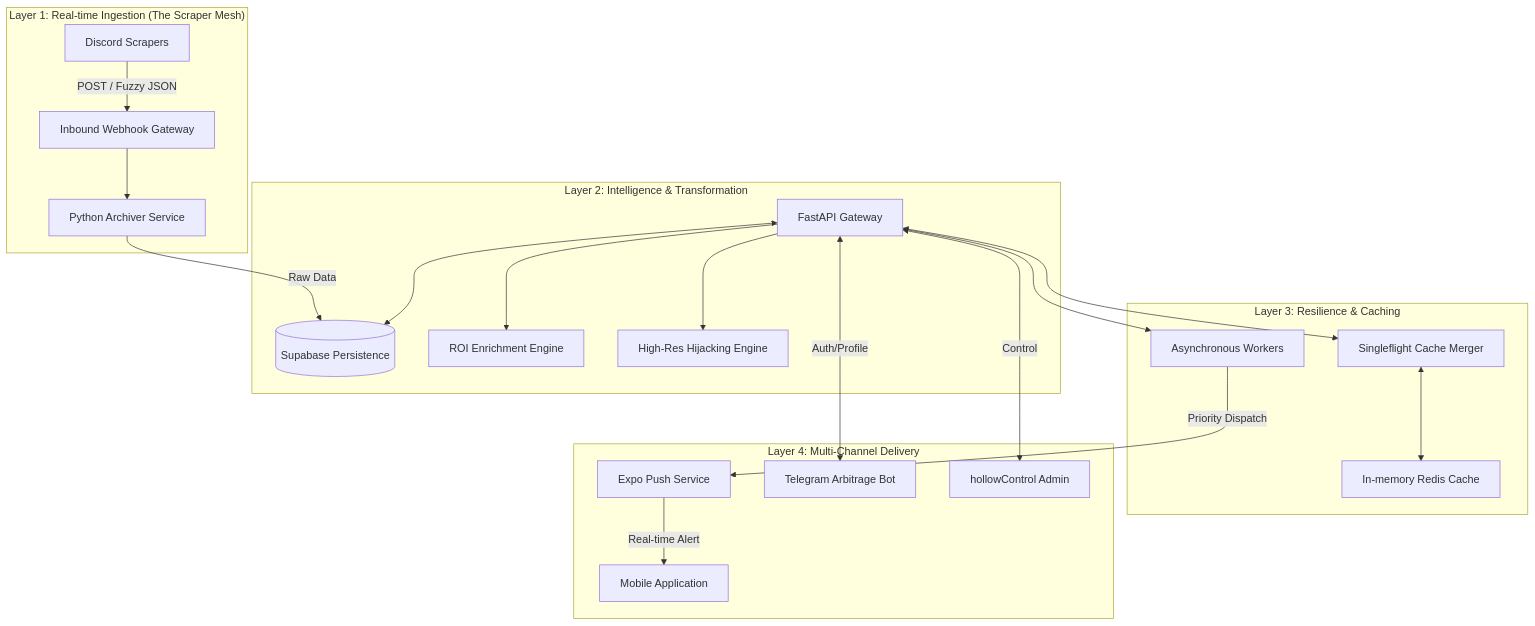
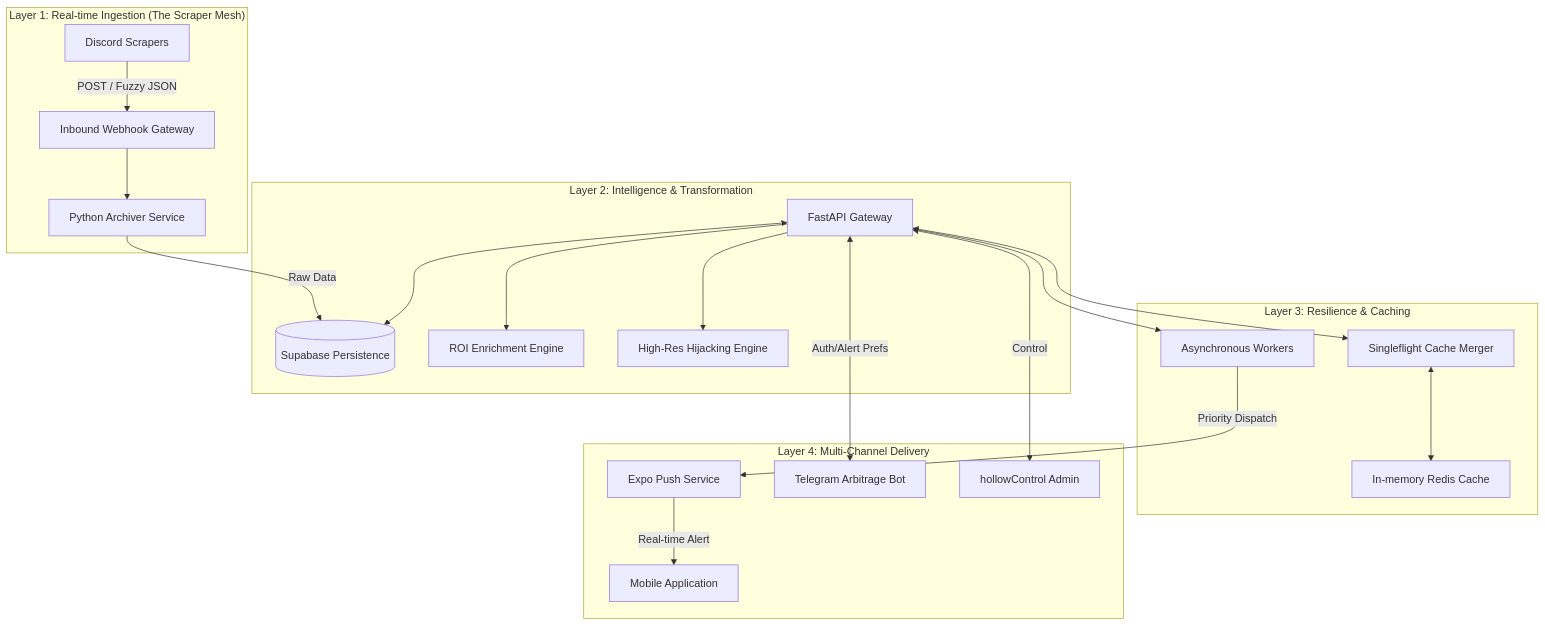
One commit to joshuatochinwachi/HollowScan-Mobile-App changed the diagram in SYSTEM_DESIGN_SPECIFICATION.md. Above: the diagram before and after it, drawn with Mermaid. The commit also changed other lines of this file and 3 other files, not shown here.

````diff
--- a/SYSTEM_DESIGN_SPECIFICATION.md
+++ b/SYSTEM_DESIGN_SPECIFICATION.md
@@ -18,31 +18,31 @@
 ```mermaid
 graph TD
     %% LAYER 1: INGESTION
     subgraph "Layer 1: Real-time Ingestion (The Scraper Mesh)"
         S1[Discord Scrapers] --> |POST / Fuzzy JSON| WH[Inbound Webhook Gateway]
         WH --> PA[Python Archiver Service]
     end
 
     %% LAYER 2: INTELLIGENCE
     subgraph "Layer 2: Intelligence & Transformation"
         PA --> |Raw Data| DB[(Supabase Persistence)]
         API[FastAPI Gateway] <--> DB
         API --> ROI[ROI Enrichment Engine]
         API --> IMG[High-Res Hijacking Engine]
     end
 
     %% LAYER 3: PERSISTENCE & CACHING
     subgraph "Layer 3: Resilience & Caching"
         API <--> SF[Singleflight Cache Merger]
         SF <--> RED[In-memory Redis Cache]
         API --> BGR[Asynchronous Workers]
     end
 
     %% LAYER 4: DELIVERY
     subgraph "Layer 4: Multi-Channel Delivery"
         BGR --> |Priority Dispatch| EPS[Expo Push Service]
         EPS --> |Real-time Alert| MA[Mobile Application]
-        API <--> |Auth/Profile| TG[Telegram Arbitrage Bot]
+        API <--> |Auth/Alert Prefs| TG[Telegram Arbitrage Bot]
         API <--> |Control| ADM[hollowControl Admin]
     end
 ```
````
